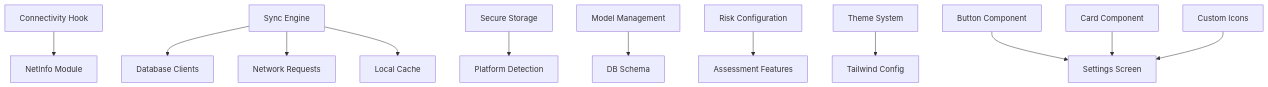
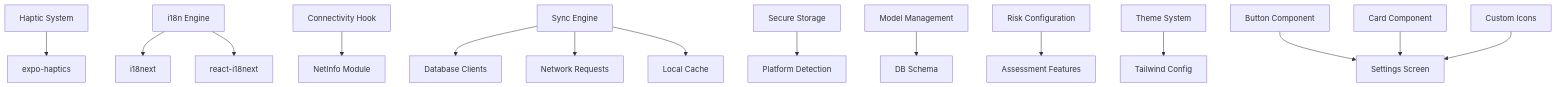
One commit to AdeelTahir-SE/DermSight changed diagram 11 of 11 in .qoder/repowiki/en/content/Settings and Configuration.md. Above: the diagram before and after it, drawn with Mermaid. The commit also changed other lines of this file and 37 other files, not shown here.

````diff
--- a/.qoder/repowiki/en/content/Settings and Configuration.md
+++ b/.qoder/repowiki/en/content/Settings and Configuration.md
@@ -475,14 +531,17 @@
 ```mermaid
 graph TB
+HF["Haptic System"] --> EXPO_HAPTICS["expo-haptics"]
+I18N["i18n Engine"] --> I18NEXT["i18next"]
+I18N --> REACT_I18NEXT["react-i18next"]
 CONN["Connectivity Hook"] --> NETINFO["NetInfo Module"]
 SYNC["Sync Engine"] --> DB_CLIENT["Database Clients"]
 SYNC --> NETWORK["Network Requests"]
 SYNC --> CACHE["Local Cache"]
 SECURE["Secure Storage"] --> PLATFORM["Platform Detection"]
 MODEL["Model Management"] --> SCHEMA["DB Schema"]
 RISK["Risk Configuration"] --> ASSESSMENT["Assessment Features"]
 THEME["Theme System"] --> TAILWIND["Tailwind Config"]
 UI_BUTTON["Button Component"] --> SETTINGS["Settings Screen"]
 UI_CARD["Card Component"] --> SETTINGS
 UI_ICONS["Custom Icons"] --> SETTINGS
 ```
````
